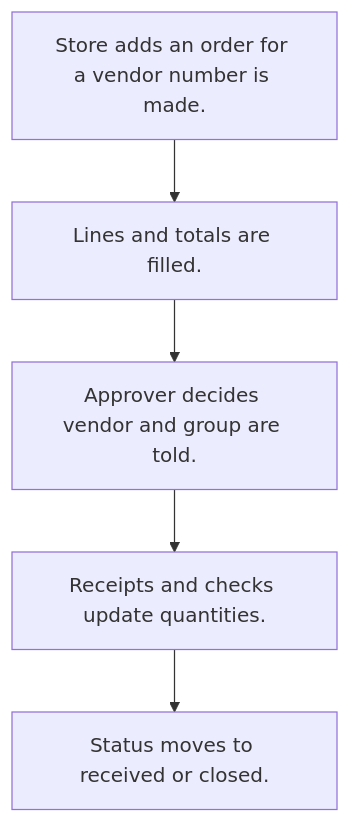
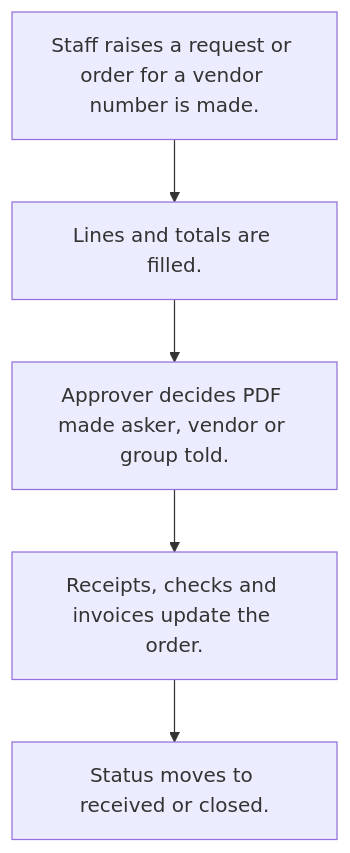
One commit to AadityaParmar/studio-agent changed the diagram in neome-studio/reference/template-bank/template-modules/TMOD-purchase-orders.md. Above: the diagram before and after it, drawn with Mermaid. The commit also changed other lines of this file and 94 other files, not shown here.

````diff
--- a/neome-studio/reference/template-bank/template-modules/TMOD-purchase-orders.md
+++ b/neome-studio/reference/template-bank/template-modules/TMOD-purchase-orders.md
@@ -44,12 +51,12 @@
 ```mermaid
 flowchart TD
-  A["Store adds an order for a vendor number is made."]
+  A["Staff raises a request or order for a vendor number is made."]
   B["Lines and totals are filled."]
-  C["Approver decides vendor and group are told."]
-  D["Receipts and checks update quantities."]
+  C["Approver decides PDF made asker, vendor or group told."]
+  D["Receipts, checks and invoices update the order."]
   E["Status moves to received or closed."]
   A --> B
   B --> C
   C --> D
   D --> E
 ```
````
